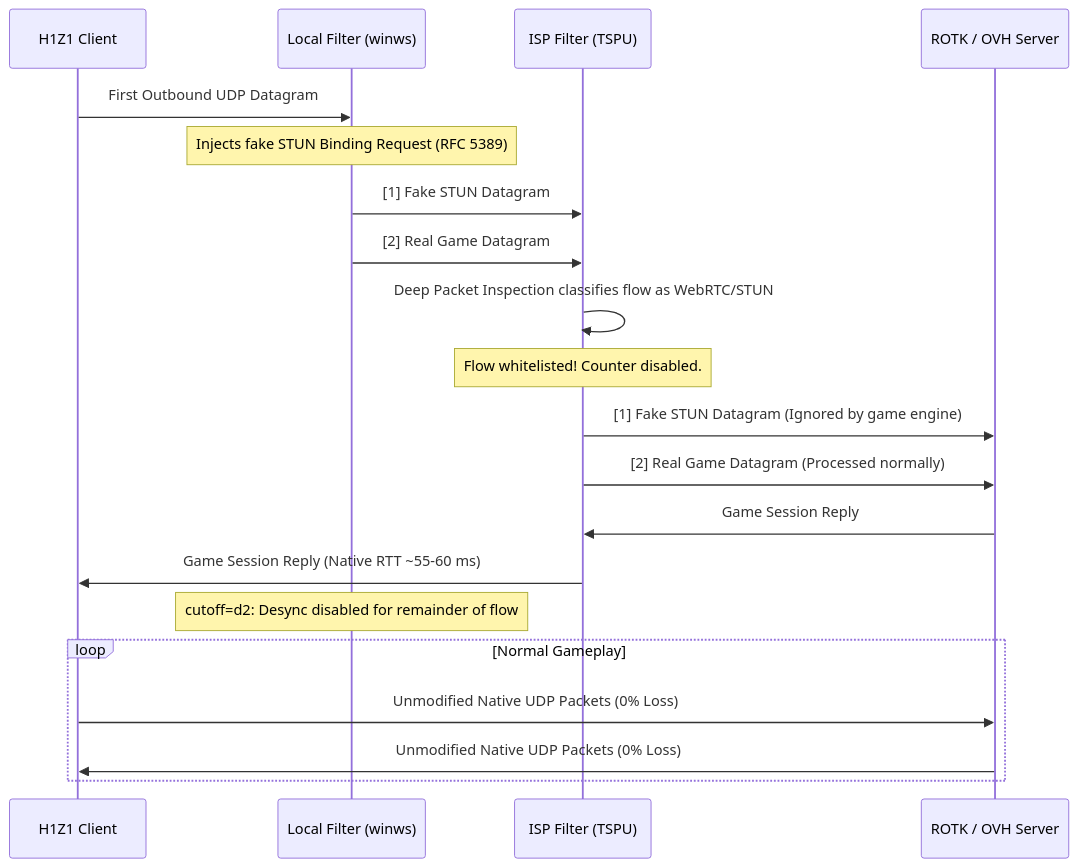
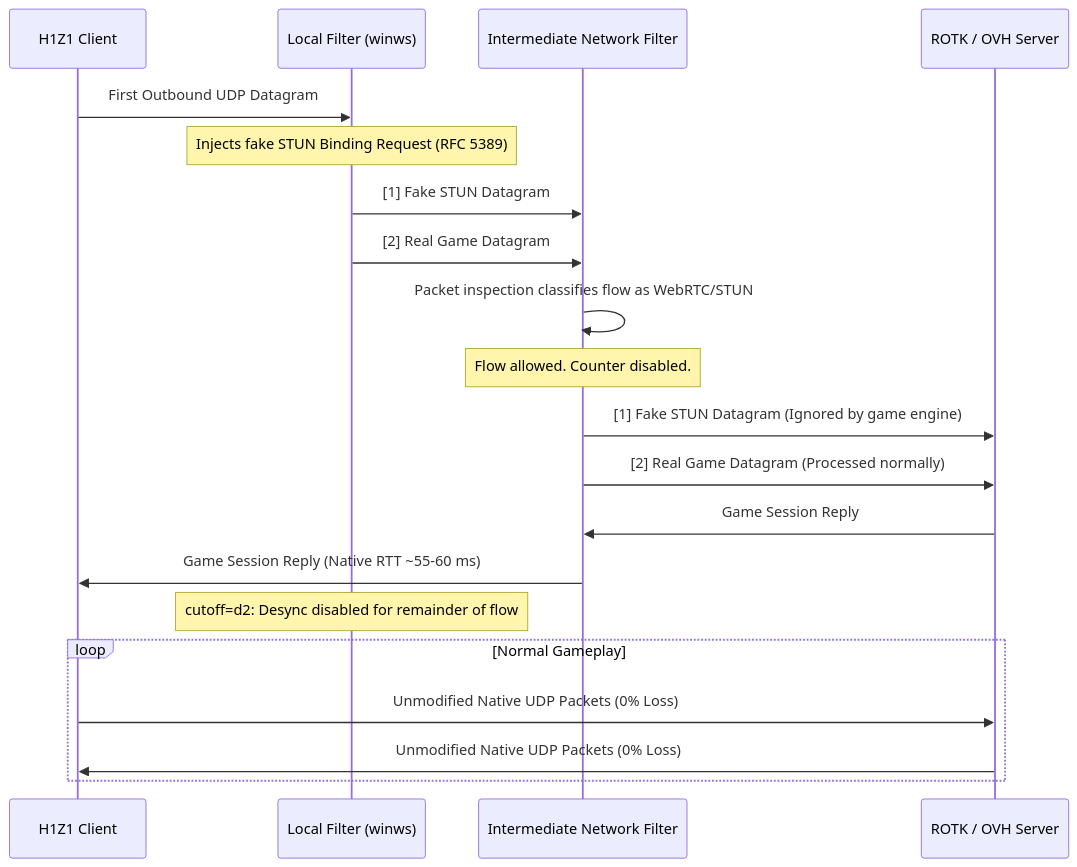
Before and after one commit to Blaykosik/H1Z1-ROTK-Russia: the second of 3 diagrams in docs/HOW_IT_WORKS.md, drawn with Mermaid. The commit also changed other lines of this file and 20 other files, not shown here.

````diff
--- a/docs/HOW_IT_WORKS.md
+++ b/docs/HOW_IT_WORKS.md
@@ -44,23 +46,23 @@
 ```mermaid
 sequenceDiagram
     participant Game as H1Z1 Client
     participant WinDivert as Local Filter (winws)
-    participant ISP as ISP Filter (TSPU)
+    participant ISP as Intermediate Network Filter
     participant Server as ROTK / OVH Server
 
     Game->>WinDivert: First Outbound UDP Datagram
     Note over WinDivert: Injects fake STUN Binding Request (RFC 5389)
     WinDivert->>ISP: [1] Fake STUN Datagram
     WinDivert->>ISP: [2] Real Game Datagram
-    ISP->>ISP: Deep Packet Inspection classifies flow as WebRTC/STUN
-    Note over ISP: Flow whitelisted! Counter disabled.
+    ISP->>ISP: Packet inspection classifies flow as WebRTC/STUN
+    Note over ISP: Flow allowed. Counter disabled.
     ISP->>Server: [1] Fake STUN Datagram (Ignored by game engine)
     ISP->>Server: [2] Real Game Datagram (Processed normally)
     Server->>ISP: Game Session Reply
     ISP->>Game: Game Session Reply (Native RTT ~55-60 ms)
     Note over WinDivert: cutoff=d2: Desync disabled for remainder of flow
     loop Normal Gameplay
         Game->>Server: Unmodified Native UDP Packets (0% Loss)
         Server->>Game: Unmodified Native UDP Packets (0% Loss)
     end
 ```
````
